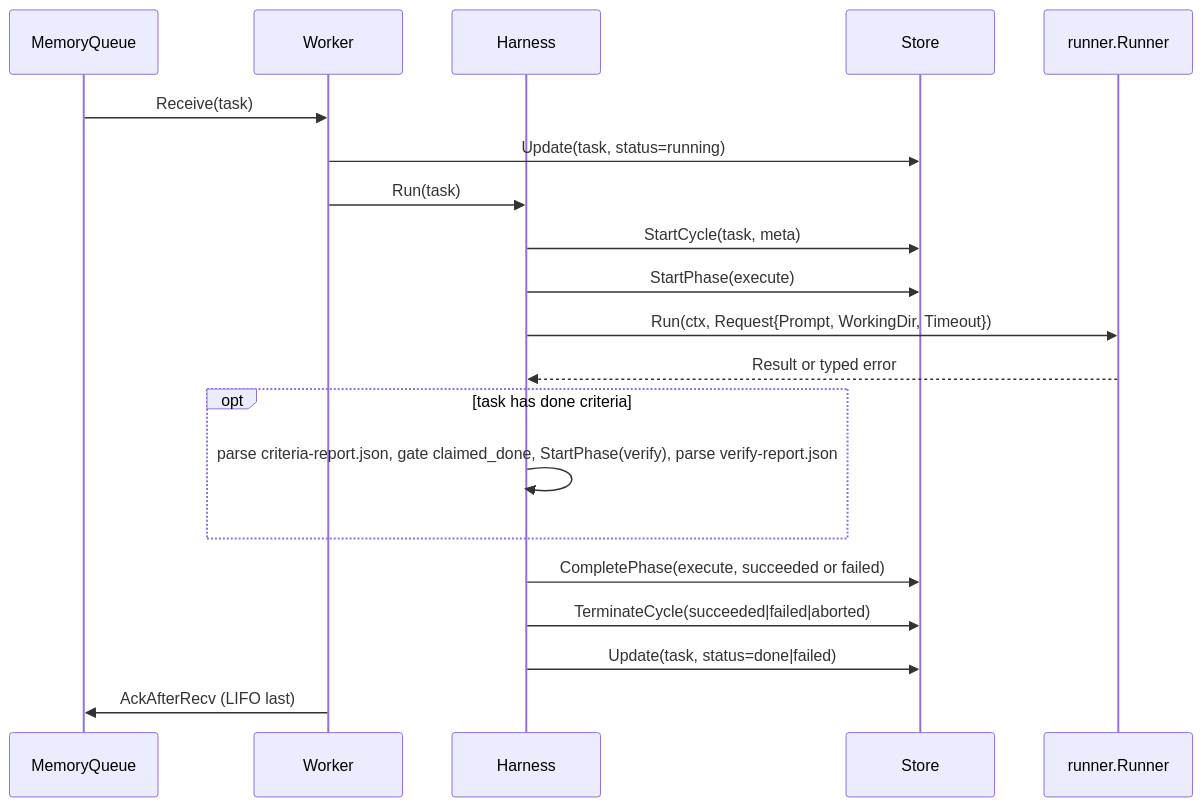
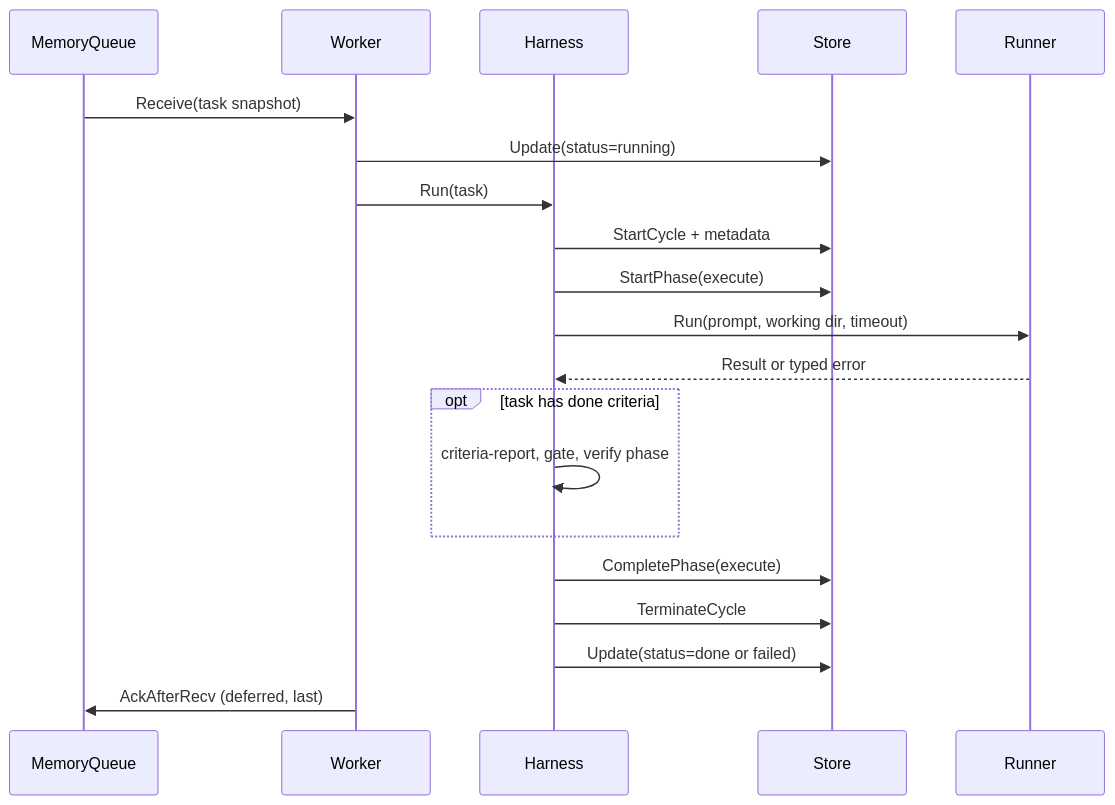
Before and after one commit to AlexsanderHamir/T2A: the fourth of 4 diagrams in docs/architecture.md, drawn with Mermaid. The commit also changed other lines of this file, not shown here.

First line of the commit message:
docs(architecture): restructure overview, diagrams, and walkthroughs

````diff
--- a/docs/architecture.md
+++ b/docs/architecture.md
@@ -182,23 +288,23 @@
 ```mermaid
 sequenceDiagram
   participant Q as MemoryQueue
   participant W as Worker
   participant H as Harness
   participant S as Store
-  participant R as runner.Runner
+  participant R as Runner
 
-  Q->>W: Receive(task)
-  W->>S: Update(task, status=running)
+  Q->>W: Receive(task snapshot)
+  W->>S: Update(status=running)
   W->>H: Run(task)
-  H->>S: StartCycle(task, meta)
+  H->>S: StartCycle + metadata
   H->>S: StartPhase(execute)
-  H->>R: Run(ctx, Request{Prompt, WorkingDir, Timeout})
+  H->>R: Run(prompt, working dir, timeout)
   R-->>H: Result or typed error
   opt task has done criteria
-    H->>H: parse criteria-report.json, gate claimed_done, StartPhase(verify), parse verify-report.json
+    H->>H: criteria-report, gate, verify phase
   end
-  H->>S: CompletePhase(execute, succeeded or failed)
-  H->>S: TerminateCycle(succeeded|failed|aborted)
-  H->>S: Update(task, status=done|failed)
-  W->>Q: AckAfterRecv (LIFO last)
+  H->>S: CompletePhase(execute)
+  H->>S: TerminateCycle
+  H->>S: Update(status=done or failed)
+  W->>Q: AckAfterRecv (deferred, last)
 ```
````
